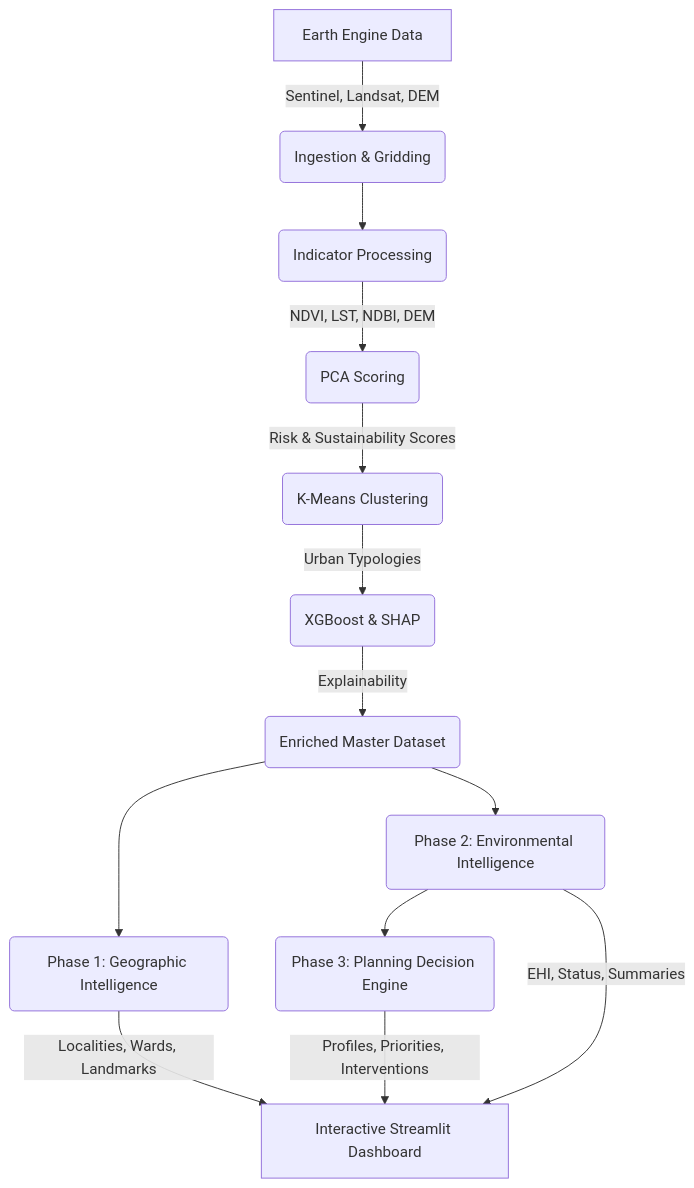
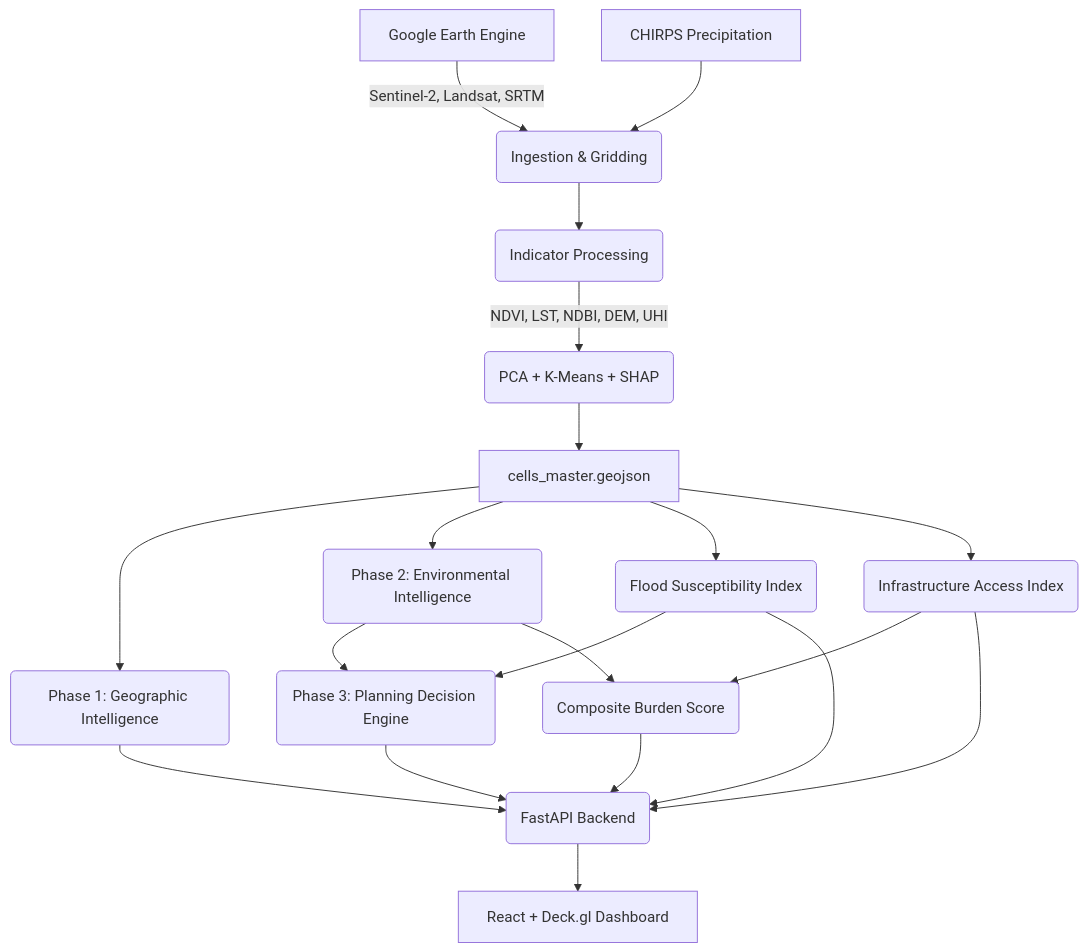
The diagram in README.md (aryan4-eternity/CitySense), drawn with Mermaid before and after one commit. The commit also changed other lines of this file and 26 other files, not shown here.

Commit message:
Including Infrastructure Access Data and Flood Data

````diff
--- a/README.md
+++ b/README.md
@@ -11,15 +24,22 @@
 ```mermaid
 graph TD
-    A[Earth Engine Data] -->|Sentinel, Landsat, DEM| B(Ingestion & Gridding)
-    B --> C(Indicator Processing)
-    C -->|NDVI, LST, NDBI, DEM| D(PCA Scoring)
-    D -->|Risk & Sustainability Scores| E(K-Means Clustering)
-    E -->|Urban Typologies| F(XGBoost & SHAP)
-    F -->|Explainability| G(Enriched Master Dataset)
-    G --> GEO(Phase 1: Geographic Intelligence)
-    G --> P2(Phase 2: Environmental Intelligence)
+    GEE[Google Earth Engine] -->|Sentinel-2, Landsat, SRTM| ING(Ingestion & Gridding)
+    CHIRPS[CHIRPS Precipitation] --> ING
+    ING --> PROC(Indicator Processing)
+    PROC -->|NDVI, LST, NDBI, DEM, UHI| ML(PCA + K-Means + SHAP)
+    ML --> MASTER[cells_master.geojson]
+    MASTER --> P1(Phase 1: Geographic Intelligence)
+    MASTER --> P2(Phase 2: Environmental Intelligence)
+    MASTER --> FSI(Flood Susceptibility Index)
     P2 --> P3(Phase 3: Planning Decision Engine)
-    P3 -->|Profiles, Priorities, Interventions| H[Interactive Streamlit Dashboard]
-    GEO -->|Localities, Wards, Landmarks| H
-    P2 -->|EHI, Status, Summaries| H
+    FSI --> P3
+    MASTER --> IAI(Infrastructure Access Index)
+    IAI --> CB(Composite Burden Score)
+    P2 --> CB
+    P3 --> API(FastAPI Backend)
+    CB --> API
+    FSI --> API
+    IAI --> API
+    API --> DASH[React + Deck.gl Dashboard]
+    P1 --> API
 ```
````
